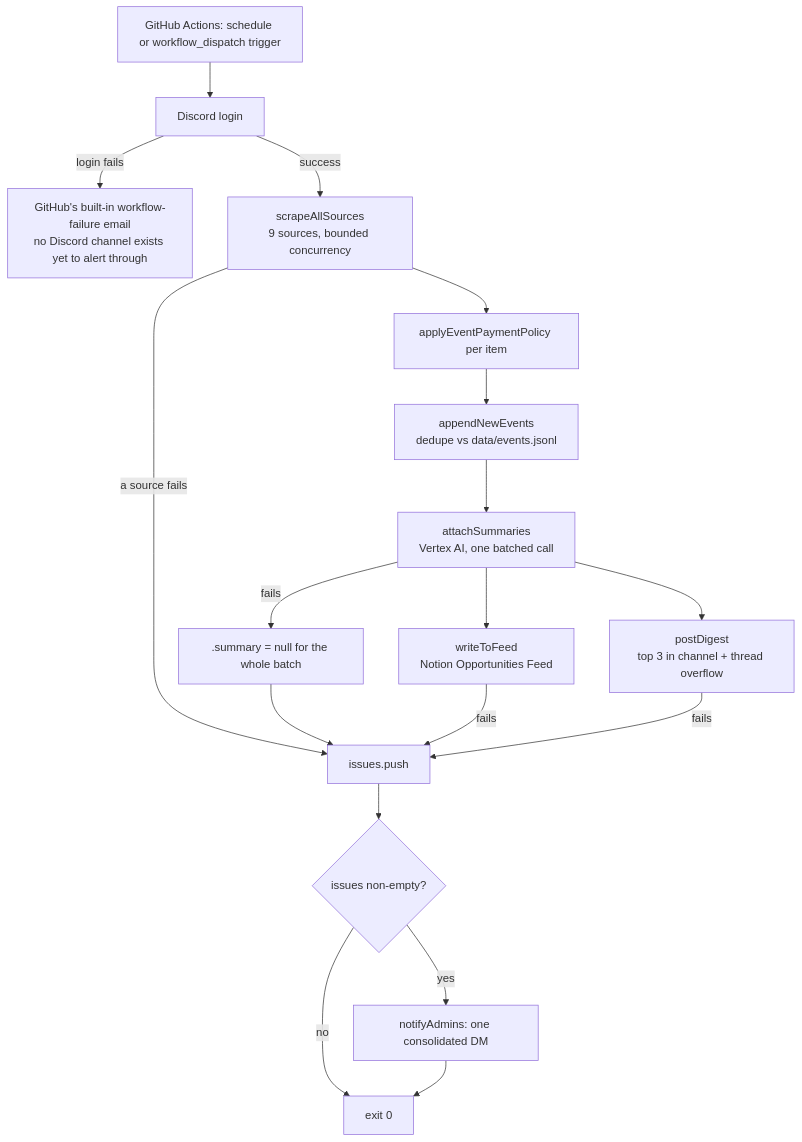
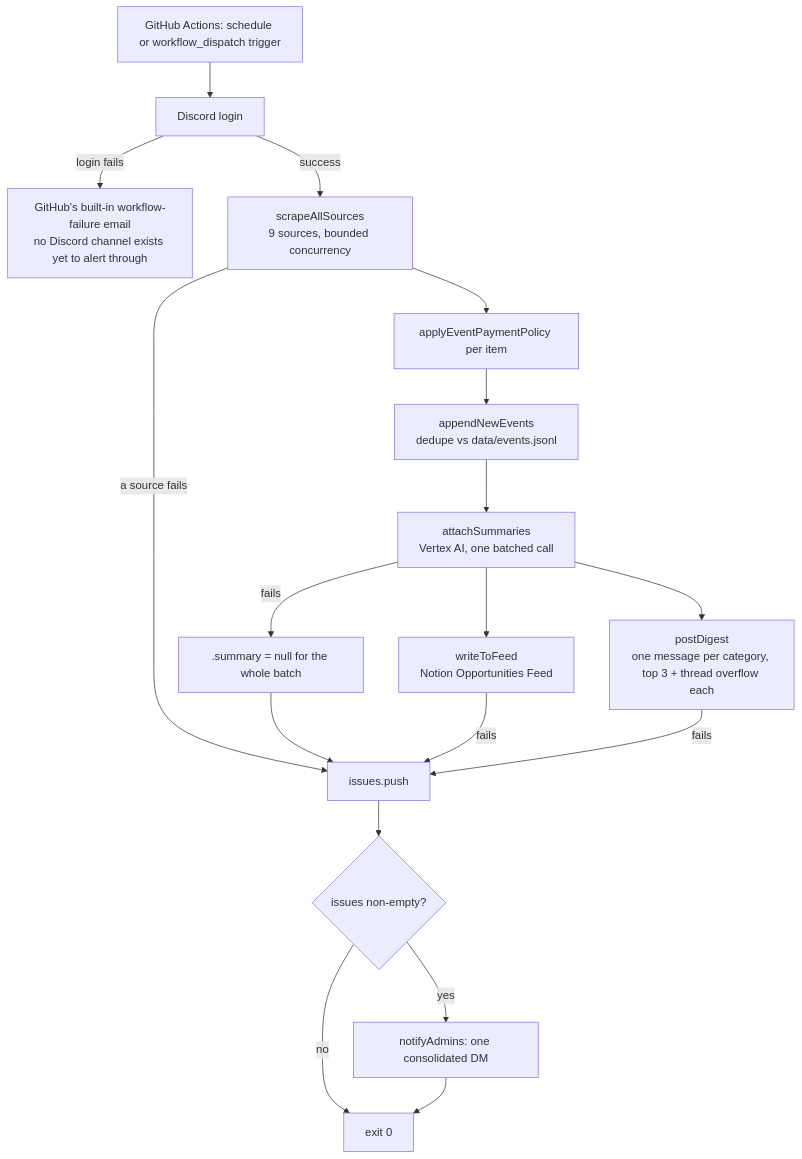
Before and after one commit to nihlt/opps-bot-for-discord: the diagram in docs/architecture.md, drawn with Mermaid. The commit also changed other lines of this file and 5 other files, not shown here.

First line of the commit message:
Split the digest into 5 categories, each its own channel message

````diff
--- a/docs/architecture.md
+++ b/docs/architecture.md
@@ -7,20 +7,20 @@
 ```mermaid
 flowchart TD
     T[GitHub Actions: schedule or workflow_dispatch trigger] --> L[Discord login]
     L -->|login fails| G["GitHub's built-in workflow-failure email<br/>no Discord channel exists yet to alert through"]
     L -->|success| S["scrapeAllSources<br/>9 sources, bounded concurrency"]
     S --> P[applyEventPaymentPolicy per item]
     P --> D["appendNewEvents<br/>dedupe vs data/events.jsonl"]
     D --> V["attachSummaries<br/>Vertex AI, one batched call"]
     V -->|fails| V2[".summary = null for the whole batch"]
     V --> N["writeToFeed<br/>Notion Opportunities Feed"]
-    V --> C["postDigest<br/>top 3 in channel + thread overflow"]
+    V --> C["postDigest<br/>one message per category, top 3 + thread overflow each"]
     S -->|a source fails| I[issues.push]
     V2 --> I
     N -->|fails| I
     C -->|fails| I
     I --> A{issues non-empty?}
     A -->|yes| M["notifyAdmins: one consolidated DM"]
     A -->|no| E["exit 0"]
     M --> E
 ```
````
